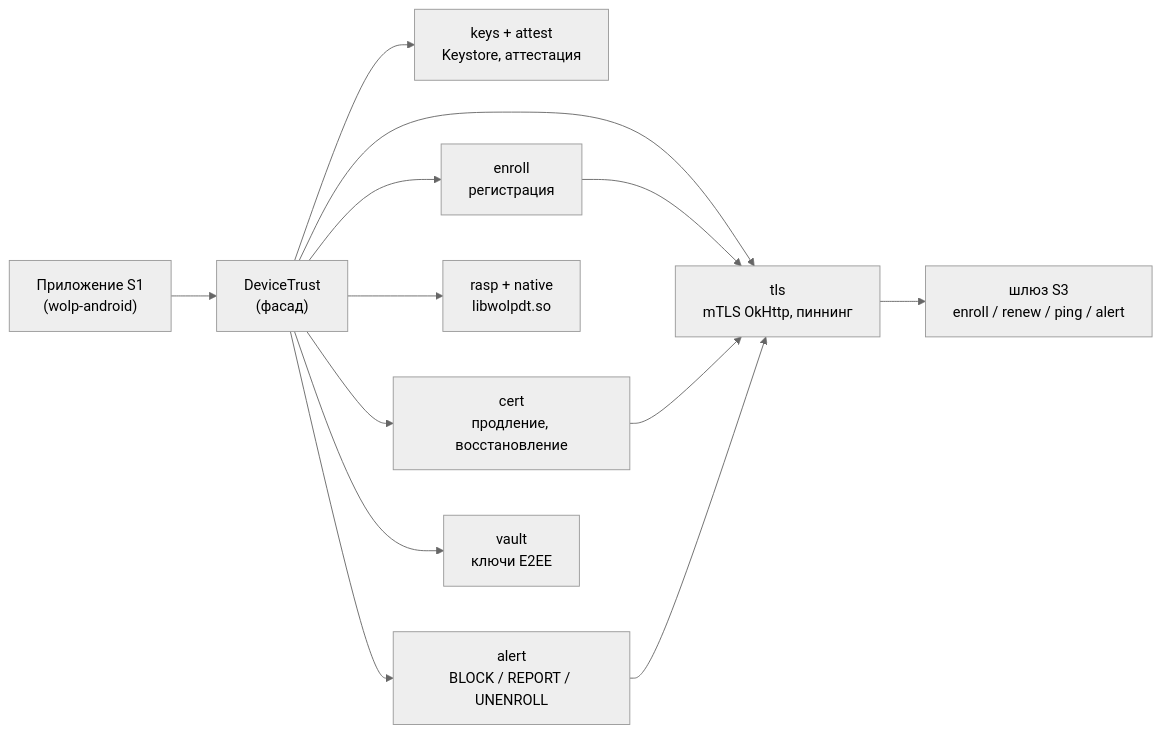
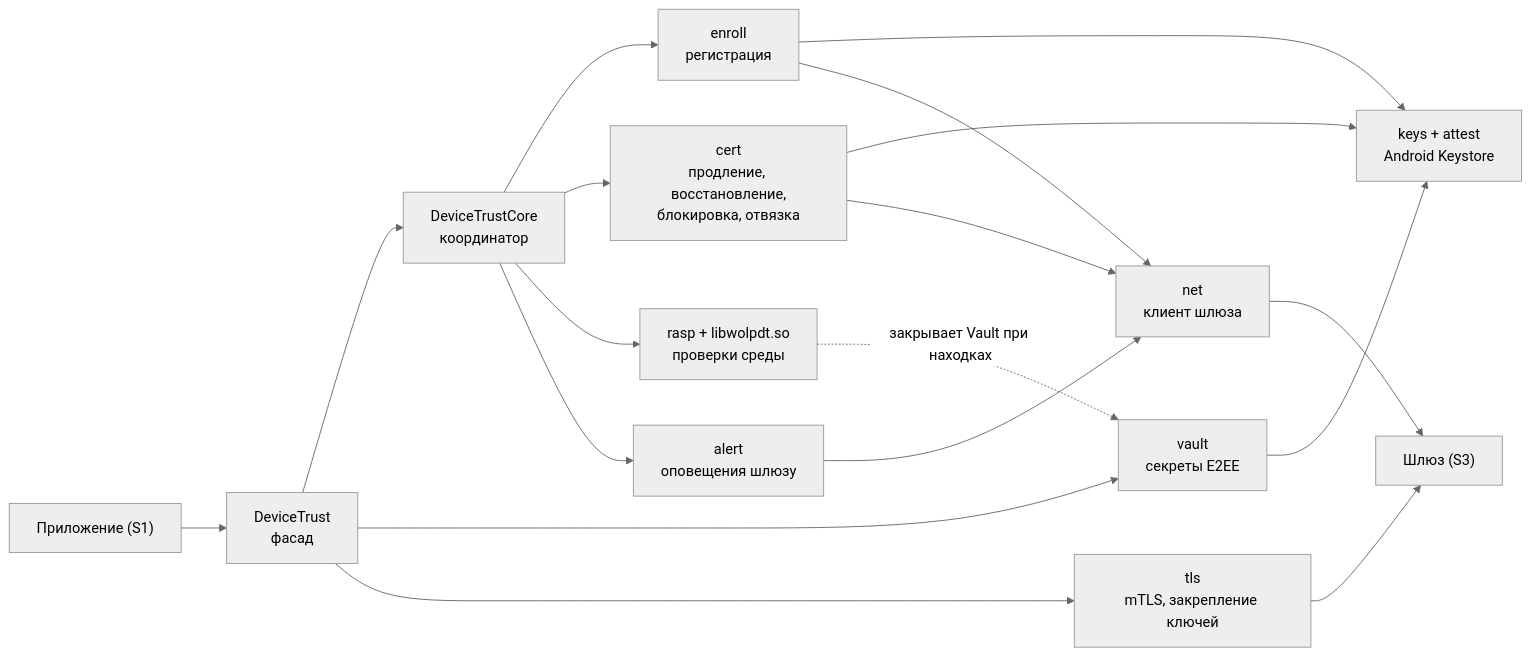
Before and after one commit to android-messenger/wolp-device-trust: the diagram in README.md, drawn with Mermaid (neutral theme). The commit also changed other lines of this file and 5 other files, not shown here.

First line of the commit message:
docs: rewrite README and API guide; add ARCHITECTURE, RASP and DEVELOPMENT

````diff
--- a/README.md
+++ b/README.md
@@ -7,13 +34,16 @@
 ```mermaid
 flowchart LR
-  App["Приложение S1<br/>(wolp-android)"] --> DT["DeviceTrust<br/>(фасад)"]
-  DT --> K["keys + attest<br/>Keystore, аттестация"]
-  DT --> E["enroll<br/>регистрация"]
-  DT --> C["cert<br/>продление, восстановление"]
-  DT --> T["tls<br/>mTLS OkHttp, пиннинг"]
-  DT --> R["rasp + native<br/>libwolpdt.so"]
-  DT --> A["alert<br/>BLOCK / REPORT / UNENROLL"]
-  DT --> V["vault<br/>ключи E2EE"]
-  E & C & A --> T
-  T --> GW["шлюз S3<br/>enroll / renew / ping / alert"]
+  App["Приложение (S1)"] --> DT["DeviceTrust<br/>фасад"]
+  DT --> Core["DeviceTrustCore<br/>координатор"]
+  Core --> Enroll["enroll<br/>регистрация"]
+  Core --> Cert["cert<br/>продление, восстановление,<br/>блокировка, отвязка"]
+  Core --> Rasp["rasp + libwolpdt.so<br/>проверки среды"]
+  Core --> Alert["alert<br/>оповещения шлюзу"]
+  DT --> Vault["vault<br/>секреты E2EE"]
+  DT --> Tls["tls<br/>mTLS, закрепление ключей"]
+  Enroll & Cert --> Keys["keys + attest<br/>Android Keystore"]
+  Vault --> Keys
+  Enroll & Cert & Alert --> Net["net<br/>клиент шлюза"]
+  Net & Tls --> GW["Шлюз (S3)"]
+  Rasp -. "закрывает Vault при находках" .-> Vault
 ```
````
